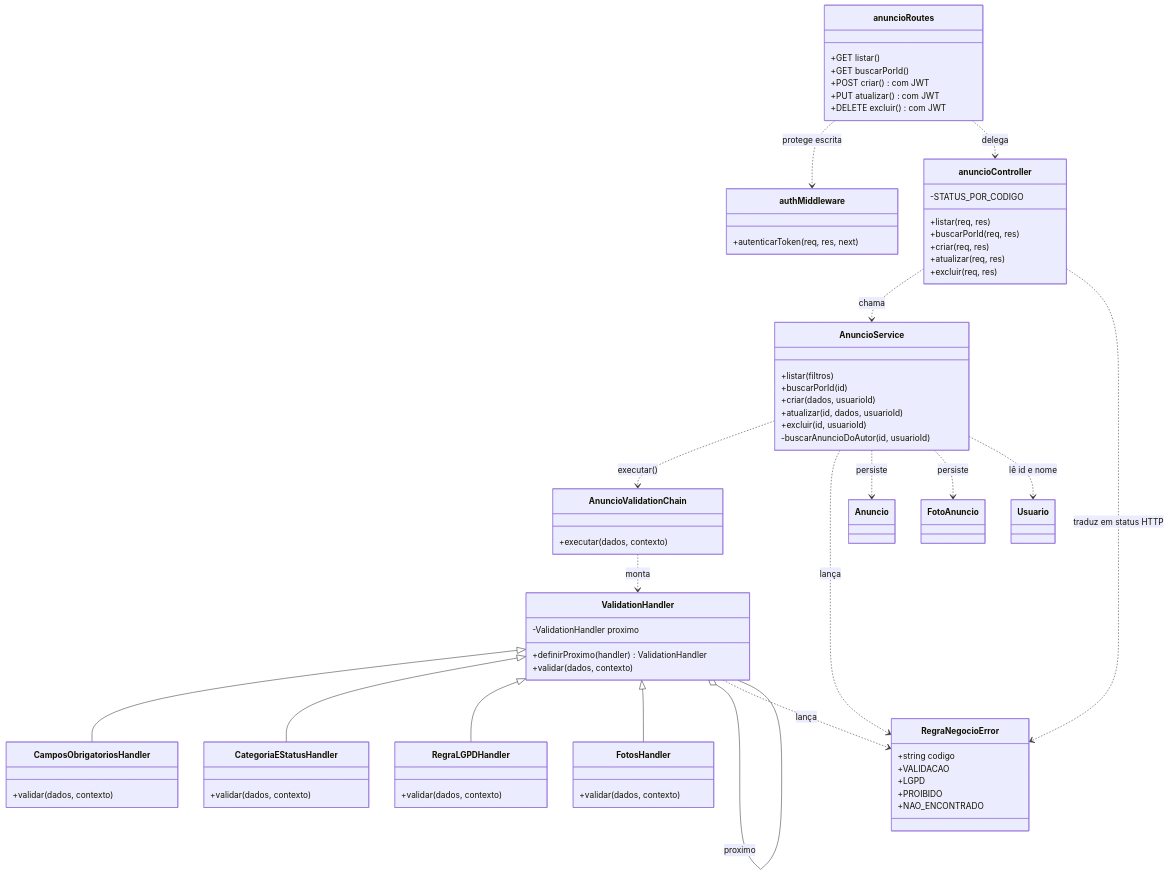
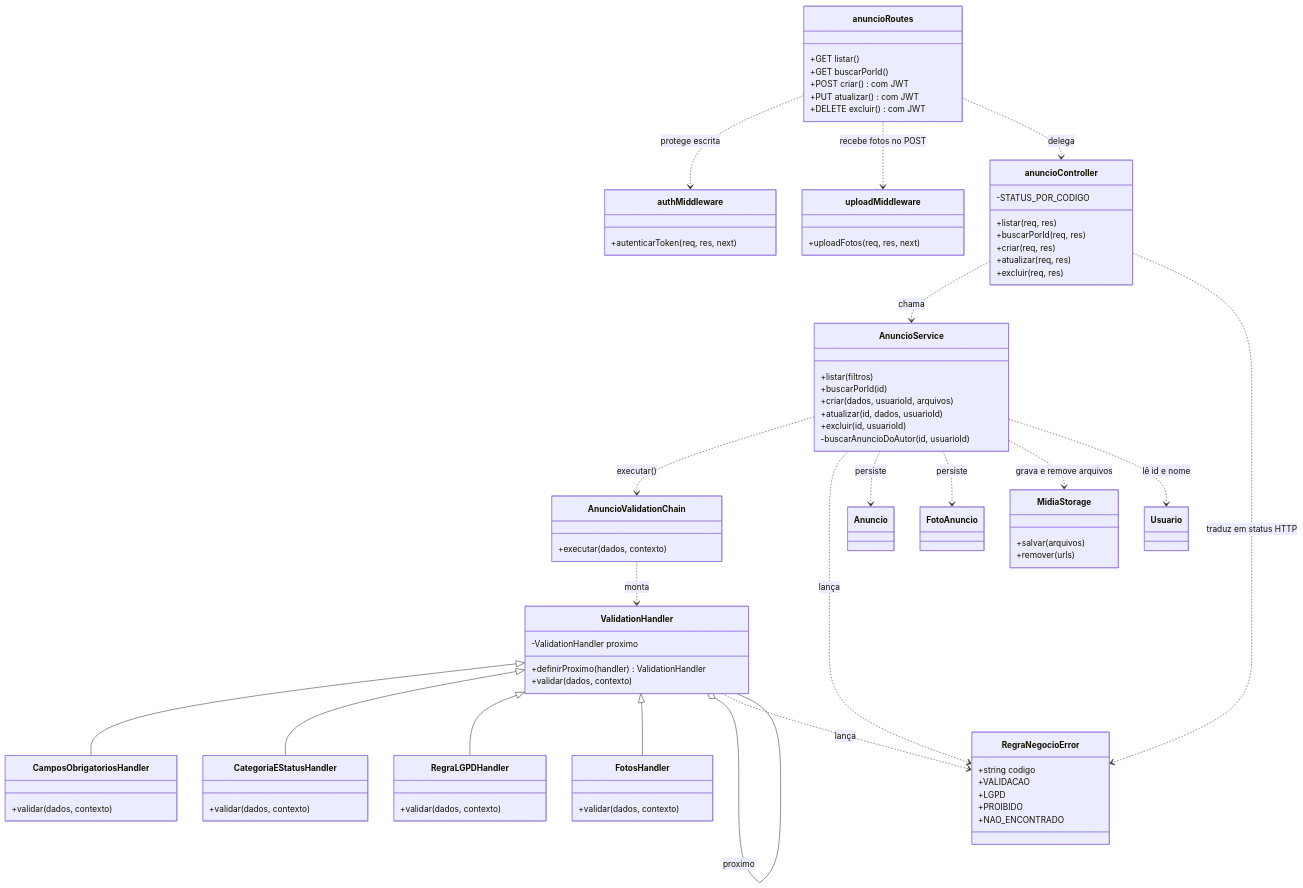
Before and after one commit to Matheus-Castro-Paula/Radar-UFLA: the sixth of 6 diagrams in docs/modelagem/modelagem.md, drawn with Mermaid. The commit also changed other lines of this file, not shown here.

First line of the commit message:
docs(sprint-06): atualiza modelagem com data_ocorrencia e upload

````diff
--- a/docs/modelagem/modelagem.md
+++ b/docs/modelagem/modelagem.md
@@ -314,73 +332,82 @@
 ```mermaid
 classDiagram
     class anuncioRoutes {
         +GET listar()
         +GET buscarPorId()
         +POST criar() com JWT
         +PUT atualizar() com JWT
         +DELETE excluir() com JWT
     }
     class anuncioController {
         -STATUS_POR_CODIGO
         +listar(req, res)
         +buscarPorId(req, res)
         +criar(req, res)
         +atualizar(req, res)
         +excluir(req, res)
     }
     class AnuncioService {
         +listar(filtros)
         +buscarPorId(id)
-        +criar(dados, usuarioId)
+        +criar(dados, usuarioId, arquivos)
         +atualizar(id, dados, usuarioId)
         +excluir(id, usuarioId)
         -buscarAnuncioDoAutor(id, usuarioId)
     }
     class AnuncioValidationChain {
         +executar(dados, contexto)
     }
     class ValidationHandler {
         -ValidationHandler proximo
         +definirProximo(handler) ValidationHandler
         +validar(dados, contexto)
     }
     class CamposObrigatoriosHandler {
         +validar(dados, contexto)
     }
     class CategoriaEStatusHandler {
         +validar(dados, contexto)
     }
     class RegraLGPDHandler {
         +validar(dados, contexto)
     }
     class FotosHandler {
         +validar(dados, contexto)
     }
     class RegraNegocioError {
         +string codigo
         +VALIDACAO
         +LGPD
         +PROIBIDO
         +NAO_ENCONTRADO
     }
     class authMiddleware {
         +autenticarToken(req, res, next)
     }
+    class uploadMiddleware {
+        +uploadFotos(req, res, next)
+    }
+    class MidiaStorage {
+        +salvar(arquivos)
+        +remover(urls)
+    }
 
     anuncioRoutes ..> authMiddleware : protege escrita
+    anuncioRoutes ..> uploadMiddleware : recebe fotos no POST
     anuncioRoutes ..> anuncioController : delega
     anuncioController ..> AnuncioService : chama
     anuncioController ..> RegraNegocioError : traduz em status HTTP
     AnuncioService ..> AnuncioValidationChain : executar()
     AnuncioValidationChain ..> ValidationHandler : monta
     ValidationHandler <|-- CamposObrigatoriosHandler
     ValidationHandler <|-- CategoriaEStatusHandler
     ValidationHandler <|-- RegraLGPDHandler
     ValidationHandler <|-- FotosHandler
     ValidationHandler o-- ValidationHandler : proximo
     ValidationHandler ..> RegraNegocioError : lança
     AnuncioService ..> RegraNegocioError : lança
     AnuncioService ..> Anuncio : persiste
     AnuncioService ..> FotoAnuncio : persiste
+    AnuncioService ..> MidiaStorage : grava e remove arquivos
     AnuncioService ..> Usuario : lê id e nome
 ```
````
